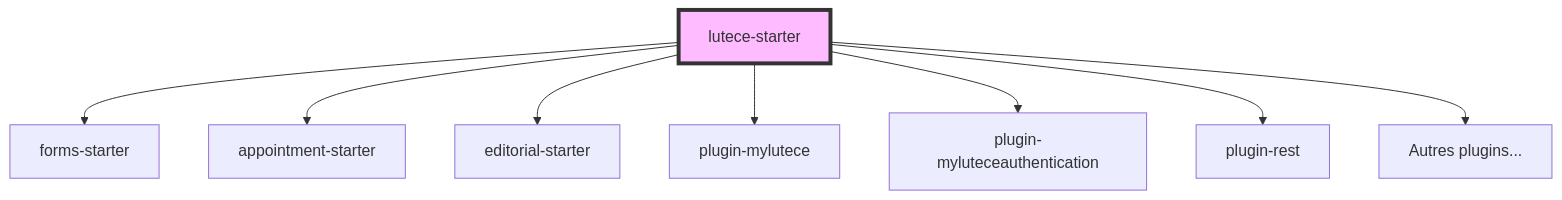
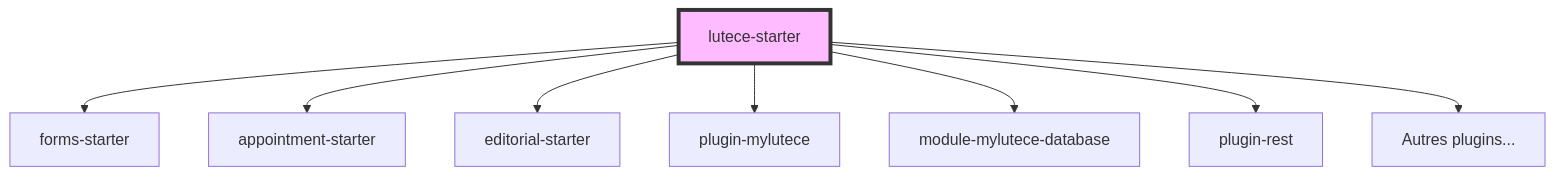
One commit to lutece-platform/lutece-platform changed the eighth of 12 diagrams in README.md. Above: the diagram before and after it, drawn with Mermaid. The commit also changed other lines of this file, not shown here.

````diff
--- a/README.md
+++ b/README.md
@@ -140,12 +145,12 @@
 ```mermaid
 graph TD
     A[lutece-starter] --> B[forms-starter]
     A --> C[appointment-starter]
     A --> D[editorial-starter]
     A --> E[plugin-mylutece]
-    A --> F[plugin-myluteceauthentication]
+    A --> F[module-mylutece-database]
     A --> G[plugin-rest]
     A --> H[Autres plugins...]
     
     style A fill:#fbf,stroke:#333,stroke-width:4px
 ```
````
